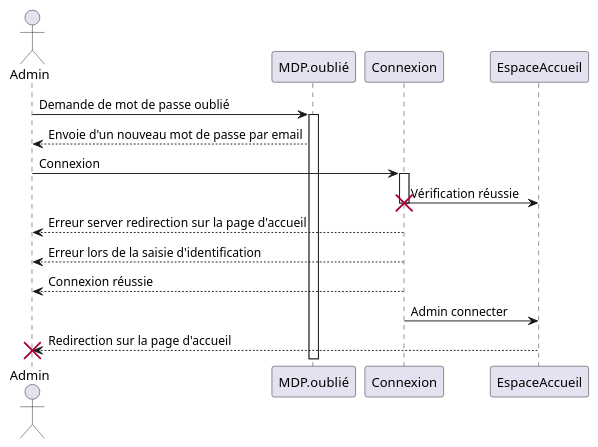
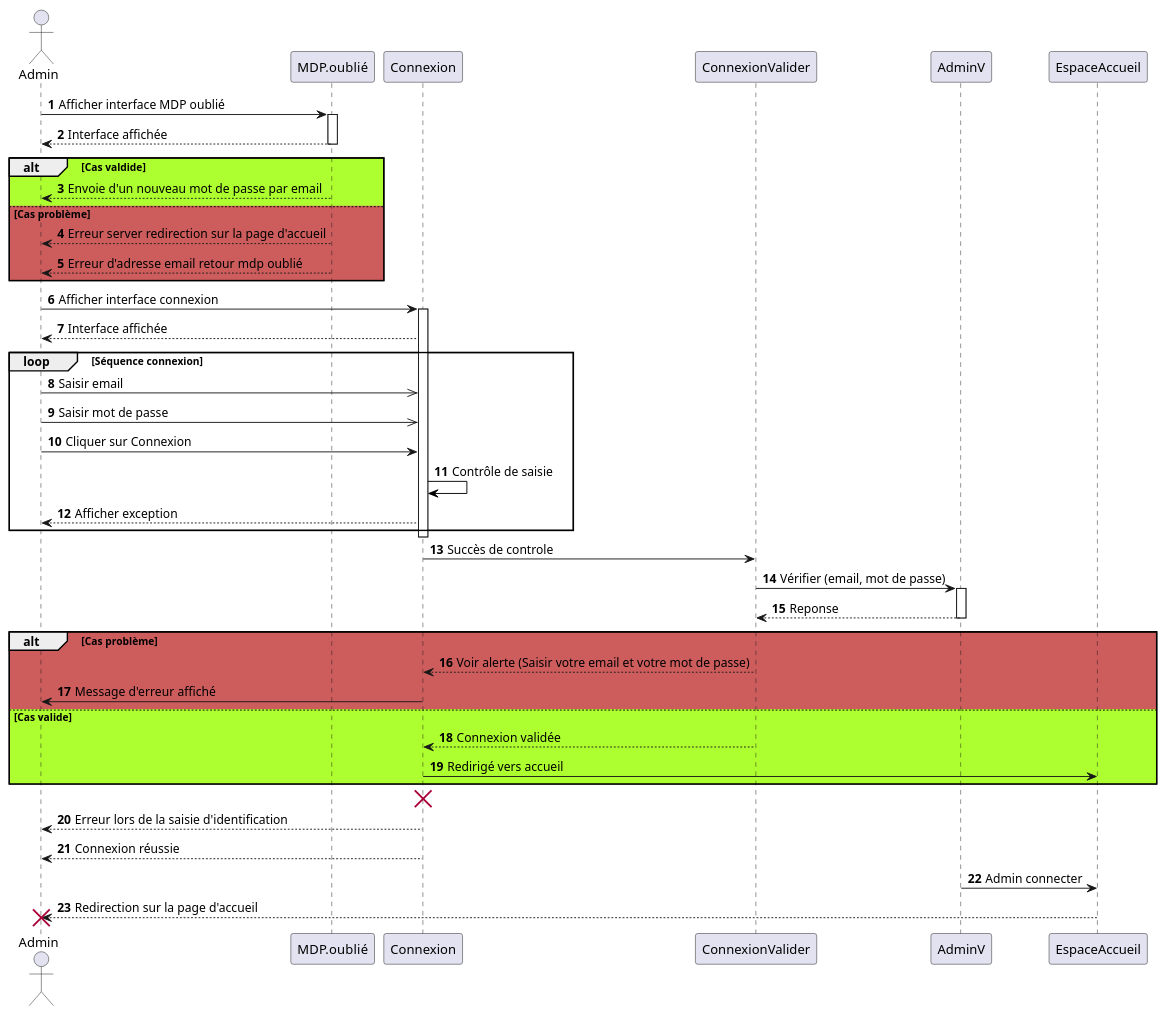
Before and after one commit to nwehla/QuidideanceTest: the diagram in documents/analyse_uml/diagramme_de_sequence/diagramme_sequence_connecter.wsd, drawn with PlantUML. The commit also changed 1 other file, not shown here.

Commit message:
diagramme de sequence connecter en chantier

```diff
--- a/documents/analyse_uml/diagramme_de_sequence/diagramme_sequence_connecter.wsd
+++ b/documents/analyse_uml/diagramme_de_sequence/diagramme_sequence_connecter.wsd
@@ -1,18 +1,49 @@
-@startuml
+@startuml Connecter
+autonumber
+actor Admin 
+Admin -> MDP.oublié : Afficher interface MDP oublié
+activate MDP.oublié
+MDP.oublié --> Admin : Interface affichée
+deactivate MDP.oublié
+alt #GreenYellow Cas valdide 
+MDP.oublié --> Admin : Envoie d'un nouveau mot de passe par email
+else #IndianRed Cas problème
+MDP.oublié --> Admin : Erreur server redirection sur la page d'accueil
+MDP.oublié --> Admin : Erreur d'adresse email retour mdp oublié
+end
 
-actor Admin 
-Admin -> MDP.oublié : Demande de mot de passe oublié
-activate MDP.oublié
-MDP.oublié --> Admin : Envoie d'un nouveau mot de passe par email
-Admin -> Connexion : Connexion
 
+Admin -> Connexion : Afficher interface connexion
 activate Connexion
-Connexion -> EspaceAccueil : Vérification réussie
-destroy Connexion 
-Connexion --> Admin : Erreur server redirection sur la page d'accueil
+Connexion --> Admin : Interface affichée
+loop Séquence connexion
+Admin ->> Connexion : Saisir email
+Admin ->> Connexion : Saisir mot de passe 
+Admin -> Connexion : Cliquer sur Connexion
+Connexion -[#Black]> Connexion : Contrôle de saisie
+Connexion --> Admin : Afficher exception
+end
+deactivate Connexion
+Connexion -> ConnexionValider : Succès de controle
+deactivate ConnexionValider
+
+ConnexionValider -> AdminV : Vérifier (email, mot de passe)
+activate AdminV
+AdminV --> ConnexionValider : Reponse
+deactivate AdminV
+alt #IndianRed Cas problème
+ConnexionValider --> Connexion : Voir alerte (Saisir votre email et votre mot de passe)
+Connexion -> Admin : Message d'erreur affiché
+else #GreenYellow Cas valide
+ConnexionValider --> Connexion : Connexion validée
+Connexion -> EspaceAccueil : Redirigé vers accueil
+end 
+destroy Connexion
+deactivate Connexion
+
 Connexion --> Admin : Erreur lors de la saisie d'identification
 Connexion --> Admin : Connexion réussie
-Connexion -> EspaceAccueil : Admin connecter
+AdminV -> EspaceAccueil : Admin connecter
 EspaceAccueil --> Admin : Redirection sur la page d'accueil
 destroy Admin
 @enduml
```
